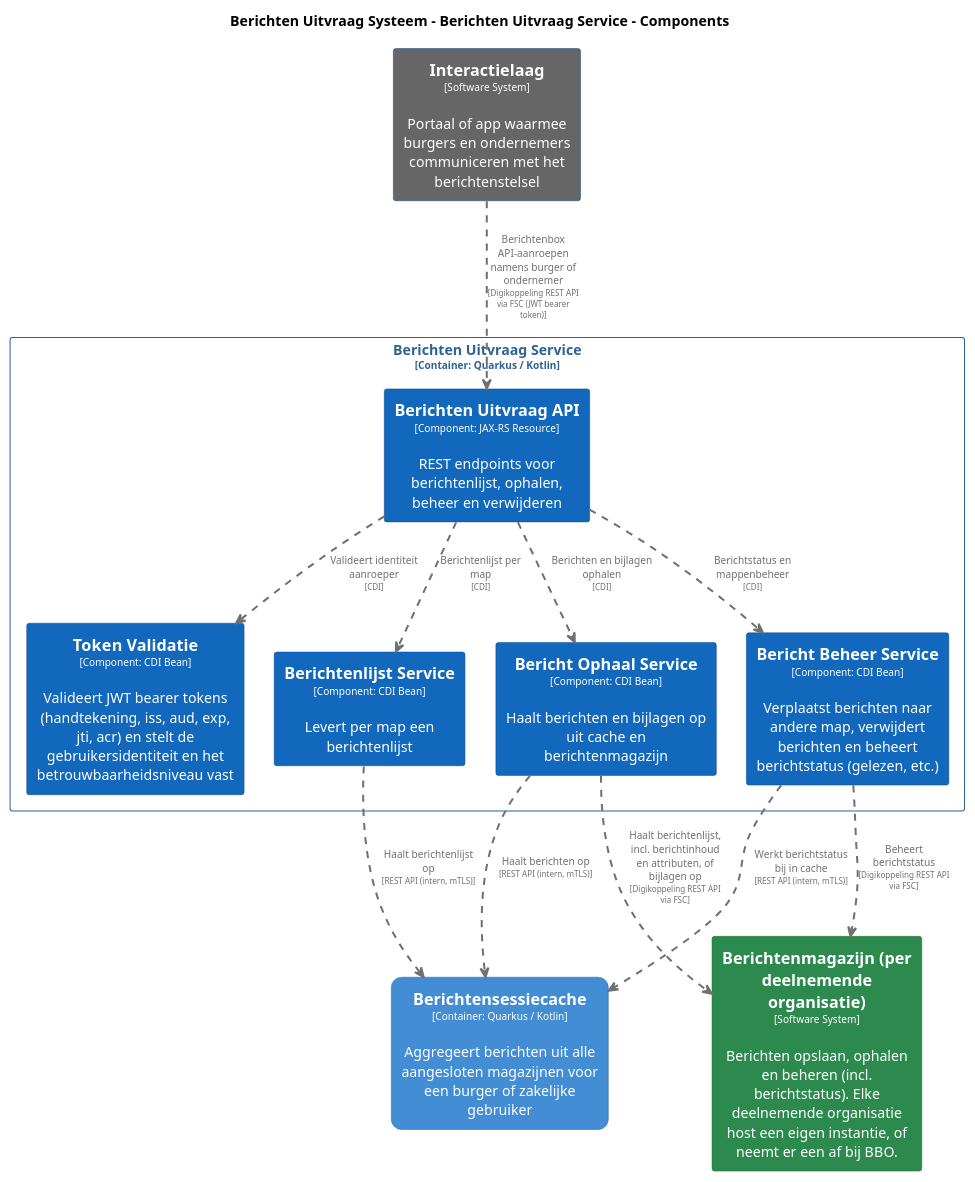
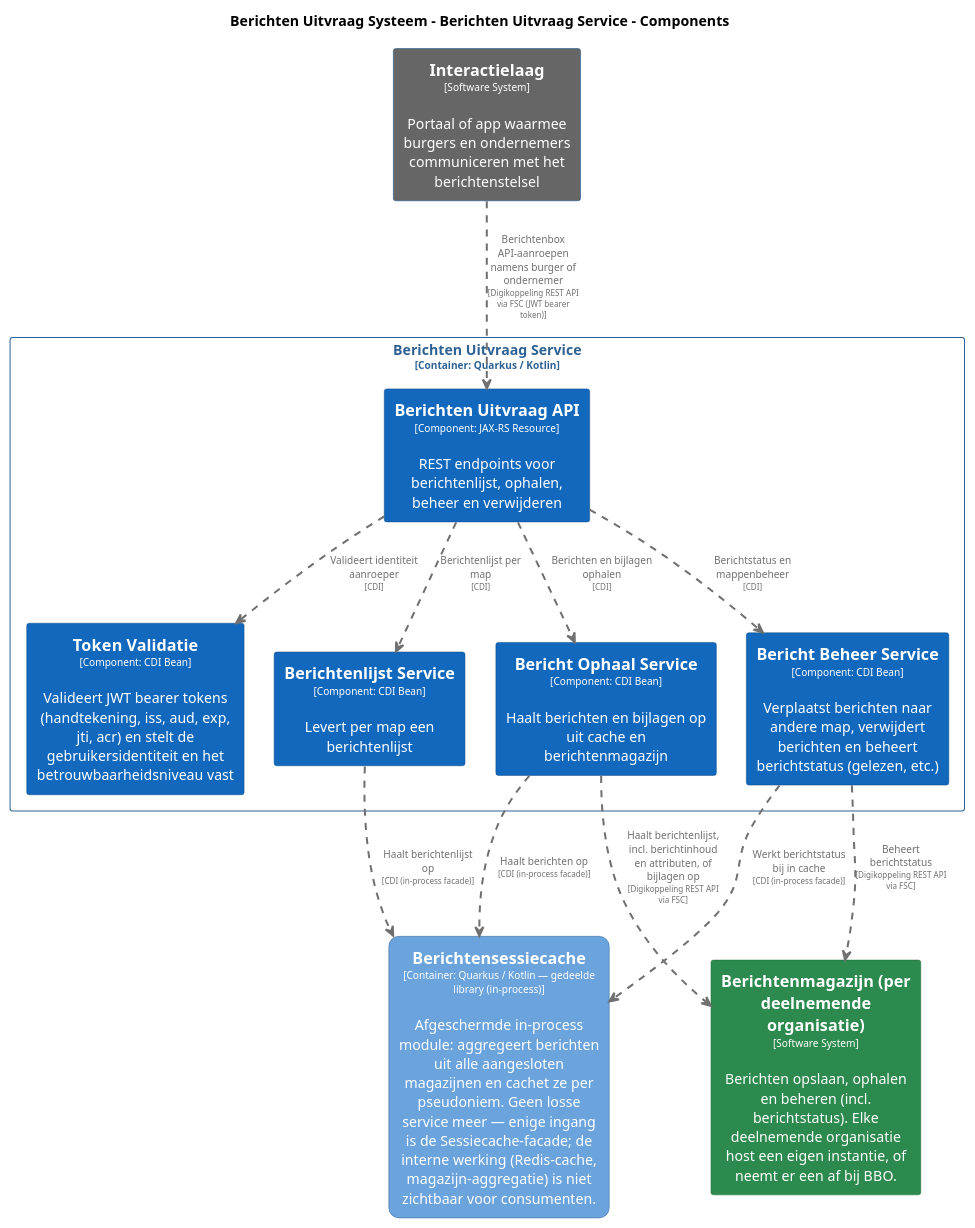
One commit to MinBZK/moza-poc-fbs-berichtenbox changed the diagram in master/puml/BerichtenUitvraagServiceComponenten.puml. Above: the diagram before and after it, drawn with PlantUML. The commit also changed 17 other files, not shown here.

```diff
--- a/master/puml/BerichtenUitvraagServiceComponenten.puml
+++ b/master/puml/BerichtenUitvraagServiceComponenten.puml
@@ -1,95 +1,95 @@
 @startuml
 set separator none
 title Berichten Uitvraag Systeem - Berichten Uitvraag Service - Components
 
 top to bottom direction
 skinparam ranksep 60
 skinparam nodesep 30
 
 skinparam {
   arrowFontSize 10
   defaultTextAlignment center
   wrapWidth 200
   maxMessageSize 100
 }
 
 hide stereotype
 
 skinparam rectangle<<BerichtenUitvraagSysteem.BerichtenUitvraagService.BerichtBeheerService>> {
   BackgroundColor #1168bd
   FontColor #ffffff
   BorderColor #0b4884
   shadowing false
 }
 skinparam rectangle<<BerichtenUitvraagSysteem.BerichtenUitvraagService.BerichtOphaalService>> {
   BackgroundColor #1168bd
   FontColor #ffffff
   BorderColor #0b4884
   shadowing false
 }
 skinparam rectangle<<BerichtenUitvraagSysteem.BerichtenUitvraagService.BerichtenUitvraagAPI>> {
   BackgroundColor #1168bd
   FontColor #ffffff
   BorderColor #0b4884
   shadowing false
 }
 skinparam rectangle<<BerichtenUitvraagSysteem.BerichtenUitvraagService.BerichtenlijstService>> {
   BackgroundColor #1168bd
   FontColor #ffffff
   BorderColor #0b4884
   shadowing false
 }
 skinparam rectangle<<Berichtenmagazijnperdeelnemendeorganisatie>> {
   BackgroundColor #2d8a4e
   FontColor #ffffff
   BorderColor #1e6b38
   shadowing false
 }
 skinparam rectangle<<BerichtenUitvraagSysteem.Berichtensessiecache>> {
-  BackgroundColor #438dd5
+  BackgroundColor #6ba3dd
   FontColor #ffffff
   BorderColor #2e6295
   roundCorner 20
   shadowing false
 }
 skinparam rectangle<<Interactielaag>> {
   BackgroundColor #666666
   FontColor #ffffff
   BorderColor #0b4884
   shadowing false
 }
 skinparam rectangle<<BerichtenUitvraagSysteem.BerichtenUitvraagService.TokenValidatie>> {
   BackgroundColor #1168bd
   FontColor #ffffff
   BorderColor #0b4884
   shadowing false
 }
 skinparam rectangle<<BerichtenUitvraagSysteem.BerichtenUitvraagService>> {
   BorderColor #2e6295
   FontColor #2e6295
   shadowing false
 }
 
 rectangle "==Interactielaag\n<size:10>[Software System]</size>\n\nPortaal of app waarmee burgers en ondernemers communiceren met het berichtenstelsel" <<Interactielaag>> as Interactielaag
 rectangle "==Berichtenmagazijn (per deelnemende organisatie)\n<size:10>[Software System]</size>\n\nBerichten opslaan, ophalen en beheren (incl. berichtstatus). Elke deelnemende organisatie host een eigen instantie, of neemt er een af bij BBO." <<Berichtenmagazijnperdeelnemendeorganisatie>> as Berichtenmagazijnperdeelnemendeorganisatie
-rectangle "==Berichtensessiecache\n<size:10>[Container: Quarkus / Kotlin]</size>\n\nAggregeert berichten uit alle aangesloten magazijnen voor een burger of zakelijke gebruiker" <<BerichtenUitvraagSysteem.Berichtensessiecache>> as BerichtenUitvraagSysteem.Berichtensessiecache
+rectangle "==Berichtensessiecache\n<size:10>[Container: Quarkus / Kotlin — gedeelde library (in-process)]</size>\n\nAfgeschermde in-process module: aggregeert berichten uit alle aangesloten magazijnen en cachet ze per pseudoniem. Geen losse service meer — enige ingang is de Sessiecache-facade; de interne werking (Redis-cache, magazijn-aggregatie) is niet zichtbaar voor consumenten." <<BerichtenUitvraagSysteem.Berichtensessiecache>> as BerichtenUitvraagSysteem.Berichtensessiecache
 
 rectangle "Berichten Uitvraag Service\n<size:10>[Container: Quarkus / Kotlin]</size>" <<BerichtenUitvraagSysteem.BerichtenUitvraagService>> {
   rectangle "==Berichten Uitvraag API\n<size:10>[Component: JAX-RS Resource]</size>\n\nREST endpoints voor berichtenlijst, ophalen, beheer en verwijderen" <<BerichtenUitvraagSysteem.BerichtenUitvraagService.BerichtenUitvraagAPI>> as BerichtenUitvraagSysteem.BerichtenUitvraagService.BerichtenUitvraagAPI
   rectangle "==Token Validatie\n<size:10>[Component: CDI Bean]</size>\n\nValideert JWT bearer tokens (handtekening, iss, aud, exp, jti, acr) en stelt de gebruikersidentiteit en het betrouwbaarheidsniveau vast" <<BerichtenUitvraagSysteem.BerichtenUitvraagService.TokenValidatie>> as BerichtenUitvraagSysteem.BerichtenUitvraagService.TokenValidatie
   rectangle "==Berichtenlijst Service\n<size:10>[Component: CDI Bean]</size>\n\nLevert per map een berichtenlijst" <<BerichtenUitvraagSysteem.BerichtenUitvraagService.BerichtenlijstService>> as BerichtenUitvraagSysteem.BerichtenUitvraagService.BerichtenlijstService
   rectangle "==Bericht Ophaal Service\n<size:10>[Component: CDI Bean]</size>\n\nHaalt berichten en bijlagen op uit cache en berichtenmagazijn" <<BerichtenUitvraagSysteem.BerichtenUitvraagService.BerichtOphaalService>> as BerichtenUitvraagSysteem.BerichtenUitvraagService.BerichtOphaalService
   rectangle "==Bericht Beheer Service\n<size:10>[Component: CDI Bean]</size>\n\nVerplaatst berichten naar andere map, verwijdert berichten en beheert berichtstatus (gelezen, etc.)" <<BerichtenUitvraagSysteem.BerichtenUitvraagService.BerichtBeheerService>> as BerichtenUitvraagSysteem.BerichtenUitvraagService.BerichtBeheerService
 }
 
 BerichtenUitvraagSysteem.BerichtenUitvraagService.BerichtenUitvraagAPI .[#707070,thickness=2].> BerichtenUitvraagSysteem.BerichtenUitvraagService.TokenValidatie : "<color:#707070>Valideert identiteit aanroeper\n<color:#707070><size:8>[CDI]</size>"
 BerichtenUitvraagSysteem.BerichtenUitvraagService.BerichtenUitvraagAPI .[#707070,thickness=2].> BerichtenUitvraagSysteem.BerichtenUitvraagService.BerichtenlijstService : "<color:#707070>Berichtenlijst per map\n<color:#707070><size:8>[CDI]</size>"
 BerichtenUitvraagSysteem.BerichtenUitvraagService.BerichtenUitvraagAPI .[#707070,thickness=2].> BerichtenUitvraagSysteem.BerichtenUitvraagService.BerichtOphaalService : "<color:#707070>Berichten en bijlagen ophalen\n<color:#707070><size:8>[CDI]</size>"
 BerichtenUitvraagSysteem.BerichtenUitvraagService.BerichtenUitvraagAPI .[#707070,thickness=2].> BerichtenUitvraagSysteem.BerichtenUitvraagService.BerichtBeheerService : "<color:#707070>Berichtstatus en mappenbeheer\n<color:#707070><size:8>[CDI]</size>"
-BerichtenUitvraagSysteem.BerichtenUitvraagService.BerichtOphaalService .[#707070,thickness=2].> BerichtenUitvraagSysteem.Berichtensessiecache : "<color:#707070>Haalt berichten op\n<color:#707070><size:8>[REST API (intern, mTLS)]</size>"
-BerichtenUitvraagSysteem.BerichtenUitvraagService.BerichtenlijstService .[#707070,thickness=2].> BerichtenUitvraagSysteem.Berichtensessiecache : "<color:#707070>Haalt berichtenlijst op\n<color:#707070><size:8>[REST API (intern, mTLS)]</size>"
-BerichtenUitvraagSysteem.BerichtenUitvraagService.BerichtBeheerService .[#707070,thickness=2].> BerichtenUitvraagSysteem.Berichtensessiecache : "<color:#707070>Werkt berichtstatus bij in cache\n<color:#707070><size:8>[REST API (intern, mTLS)]</size>"
+BerichtenUitvraagSysteem.BerichtenUitvraagService.BerichtOphaalService .[#707070,thickness=2].> BerichtenUitvraagSysteem.Berichtensessiecache : "<color:#707070>Haalt berichten op\n<color:#707070><size:8>[CDI (in-process facade)]</size>"
+BerichtenUitvraagSysteem.BerichtenUitvraagService.BerichtenlijstService .[#707070,thickness=2].> BerichtenUitvraagSysteem.Berichtensessiecache : "<color:#707070>Haalt berichtenlijst op\n<color:#707070><size:8>[CDI (in-process facade)]</size>"
+BerichtenUitvraagSysteem.BerichtenUitvraagService.BerichtBeheerService .[#707070,thickness=2].> BerichtenUitvraagSysteem.Berichtensessiecache : "<color:#707070>Werkt berichtstatus bij in cache\n<color:#707070><size:8>[CDI (in-process facade)]</size>"
 Interactielaag .[#707070,thickness=2].> BerichtenUitvraagSysteem.BerichtenUitvraagService.BerichtenUitvraagAPI : "<color:#707070>Berichtenbox API-aanroepen namens burger of ondernemer\n<color:#707070><size:8>[Digikoppeling REST API via FSC (JWT bearer token)]</size>"
 BerichtenUitvraagSysteem.BerichtenUitvraagService.BerichtOphaalService .[#707070,thickness=2].> Berichtenmagazijnperdeelnemendeorganisatie : "<color:#707070>Haalt berichtenlijst, incl. berichtinhoud en attributen, of bijlagen op\n<color:#707070><size:8>[Digikoppeling REST API via FSC]</size>"
 BerichtenUitvraagSysteem.BerichtenUitvraagService.BerichtBeheerService .[#707070,thickness=2].> Berichtenmagazijnperdeelnemendeorganisatie : "<color:#707070>Beheert berichtstatus\n<color:#707070><size:8>[Digikoppeling REST API via FSC]</size>"
 @enduml
```
